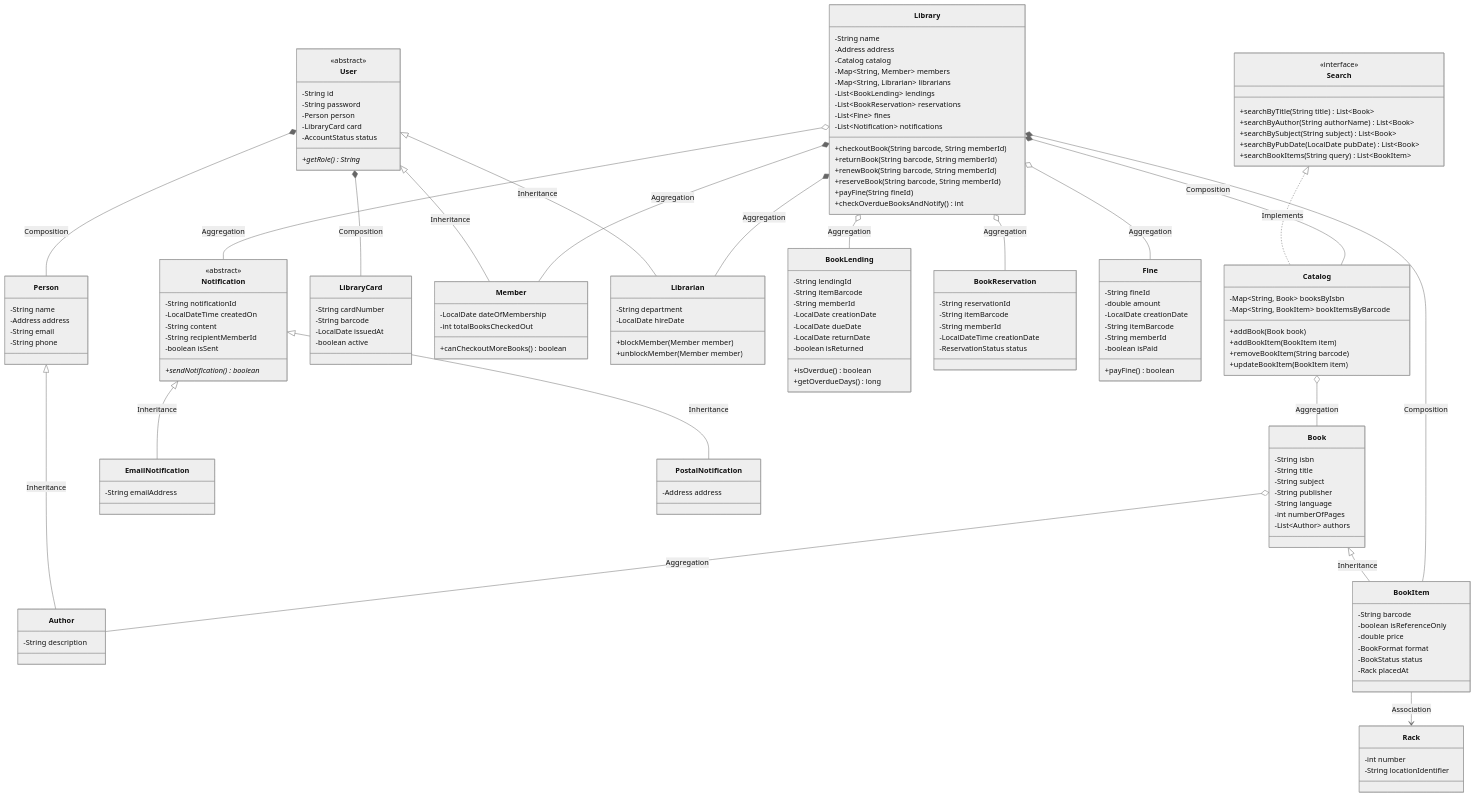
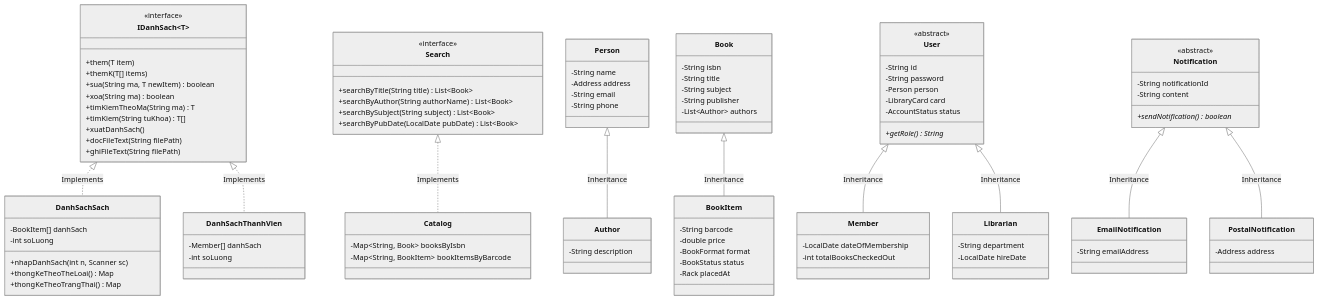
Before and after one commit to Kenkra9999/MyLibrary112: the diagram in docs/BAO_CAO_DO_AN.md, drawn with Mermaid (neutral theme). The commit also changed other lines of this file and 9 other files, not shown here.

Commit message:
feat: Bo sung day du 10 tieu chi cham diem do an OOP (Lop mang doi tuong, Text File IO, IDanhSach interface)

````diff
--- a/docs/BAO_CAO_DO_AN.md
+++ b/docs/BAO_CAO_DO_AN.md
@@ -88,6 +72,34 @@
 ```mermaid
 classDiagram
     direction TB
+
+    class IDanhSach~T~ {
+        <<interface>>
+        +them(T item)
+        +themK(T[] items)
+        +sua(String ma, T newItem) boolean
+        +xoa(String ma) boolean
+        +timKiemTheoMa(String ma) T
+        +timKiem(String tuKhoa) T[]
+        +xuatDanhSach()
+        +docFileText(String filePath)
+        +ghiFileText(String filePath)
+    }
+
+    class DanhSachSach {
+        -BookItem[] danhSach
+        -int soLuong
+        +nhapDanhSach(int n, Scanner sc)
+        +thongKeTheoTheLoai() Map
+        +thongKeTheoTrangThai() Map
+    }
+    IDanhSach <|.. DanhSachSach : Implements
+
+    class DanhSachThanhVien {
+        -Member[] danhSach
+        -int soLuong
+    }
+    IDanhSach <|.. DanhSachThanhVien : Implements
 
     class Search {
         <<interface>>
@@ -95,16 +107,11 @@
         +searchByAuthor(String authorName) List~Book~
         +searchBySubject(String subject) List~Book~
         +searchByPubDate(LocalDate pubDate) List~Book~
-        +searchBookItems(String query) List~BookItem~
     }
 
     class Catalog {
         -Map~String, Book~ booksByIsbn
         -Map~String, BookItem~ bookItemsByBarcode
-        +addBook(Book book)
-        +addBookItem(BookItem item)
-        +removeBookItem(String barcode)
-        +updateBookItem(BookItem item)
     }
     Search <|.. Catalog : Implements
 
@@ -125,35 +132,17 @@
         -String title
         -String subject
         -String publisher
-        -String language
-        -int numberOfPages
         -List~Author~ authors
     }
-    Book o-- Author : Aggregation
-    Catalog o-- Book : Aggregation
 
     class BookItem {
         -String barcode
-        -boolean isReferenceOnly
         -double price
         -BookFormat format
         -BookStatus status
         -Rack placedAt
     }
     Book <|-- BookItem : Inheritance
-
-    class Rack {
-        -int number
-        -String locationIdentifier
-    }
-    BookItem --> Rack : Association
-
-    class LibraryCard {
-        -String cardNumber
-        -String barcode
-        -LocalDate issuedAt
-        -boolean active
-    }
 
     class User {
         <<abstract>>
@@ -164,61 +153,23 @@
         -AccountStatus status
         +getRole()* String
     }
-    User *-- LibraryCard : Composition
-    User *-- Person : Composition
 
     class Member {
         -LocalDate dateOfMembership
         -int totalBooksCheckedOut
-        +canCheckoutMoreBooks() boolean
     }
     User <|-- Member : Inheritance
 
     class Librarian {
         -String department
         -LocalDate hireDate
-        +blockMember(Member member)
-        +unblockMember(Member member)
     }
     User <|-- Librarian : Inheritance
-
-    class BookLending {
-        -String lendingId
-        -String itemBarcode
-        -String memberId
-        -LocalDate creationDate
-        -LocalDate dueDate
-        -LocalDate returnDate
-        -boolean isReturned
-        +isOverdue() boolean
-        +getOverdueDays() long
-    }
-
-    class BookReservation {
-        -String reservationId
-        -String itemBarcode
-        -String memberId
-        -LocalDateTime creationDate
-        -ReservationStatus status
-    }
-
-    class Fine {
-        -String fineId
-        -double amount
-        -LocalDate creationDate
-        -String itemBarcode
-        -String memberId
-        -boolean isPaid
-        +payFine() boolean
-    }
 
     class Notification {
         <<abstract>>
         -String notificationId
-        -LocalDateTime createdOn
         -String content
-        -String recipientMemberId
-        -boolean isSent
         +sendNotification()* boolean
     }
 
@@ -231,31 +182,4 @@
         -Address address
     }
     Notification <|-- PostalNotification : Inheritance
-
-    class Library {
-        -String name
-        -Address address
-        -Catalog catalog
-        -Map~String, Member~ members
-        -Map~String, Librarian~ librarians
-        -List~BookLending~ lendings
-        -List~BookReservation~ reservations
-        -List~Fine~ fines
-        -List~Notification~ notifications
-        +checkoutBook(String barcode, String memberId)
-        +returnBook(String barcode, String memberId)
-        +renewBook(String barcode, String memberId)
-        +reserveBook(String barcode, String memberId)
-        +payFine(String fineId)
-        +checkOverdueBooksAndNotify() int
-    }
-
-    Library *-- Catalog : Composition
-    Library *-- BookItem : Composition
-    Library *-- Member : Aggregation
-    Library *-- Librarian : Aggregation
-    Library o-- BookLending : Aggregation
-    Library o-- BookReservation : Aggregation
-    Library o-- Fine : Aggregation
-    Library o-- Notification : Aggregation
 ```
````
